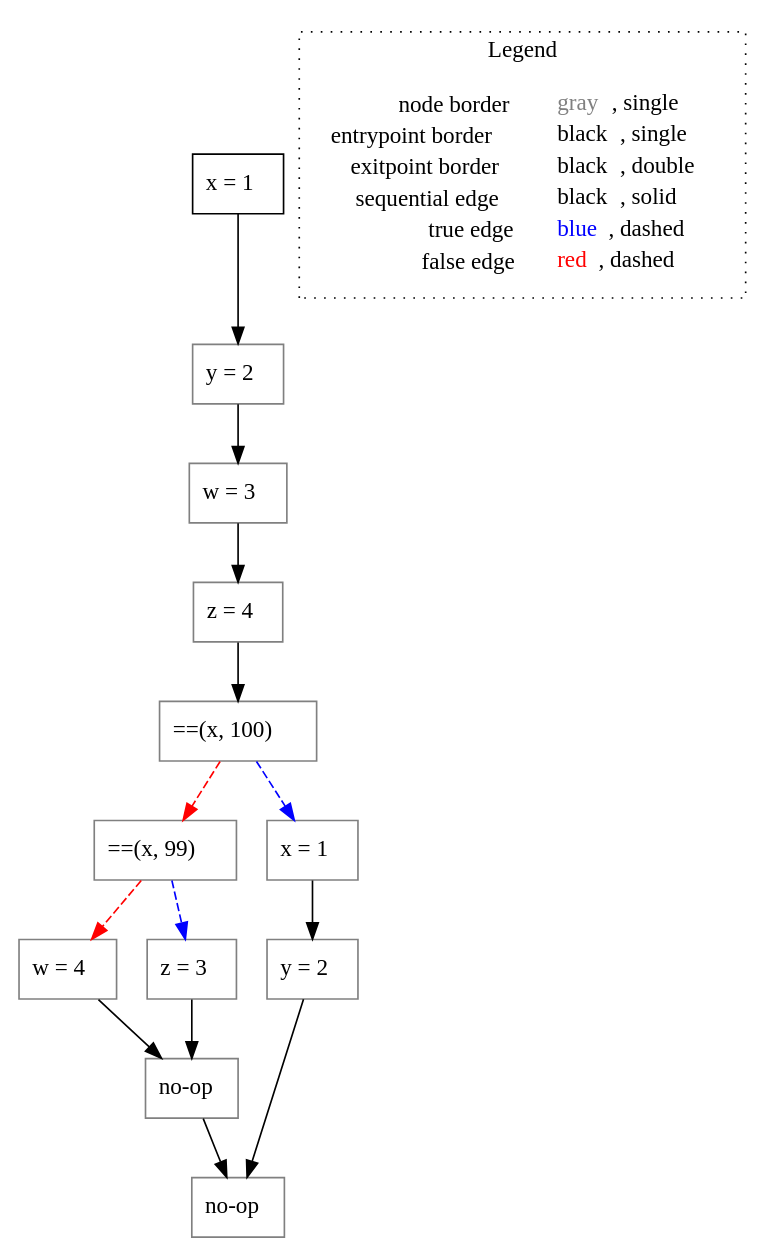
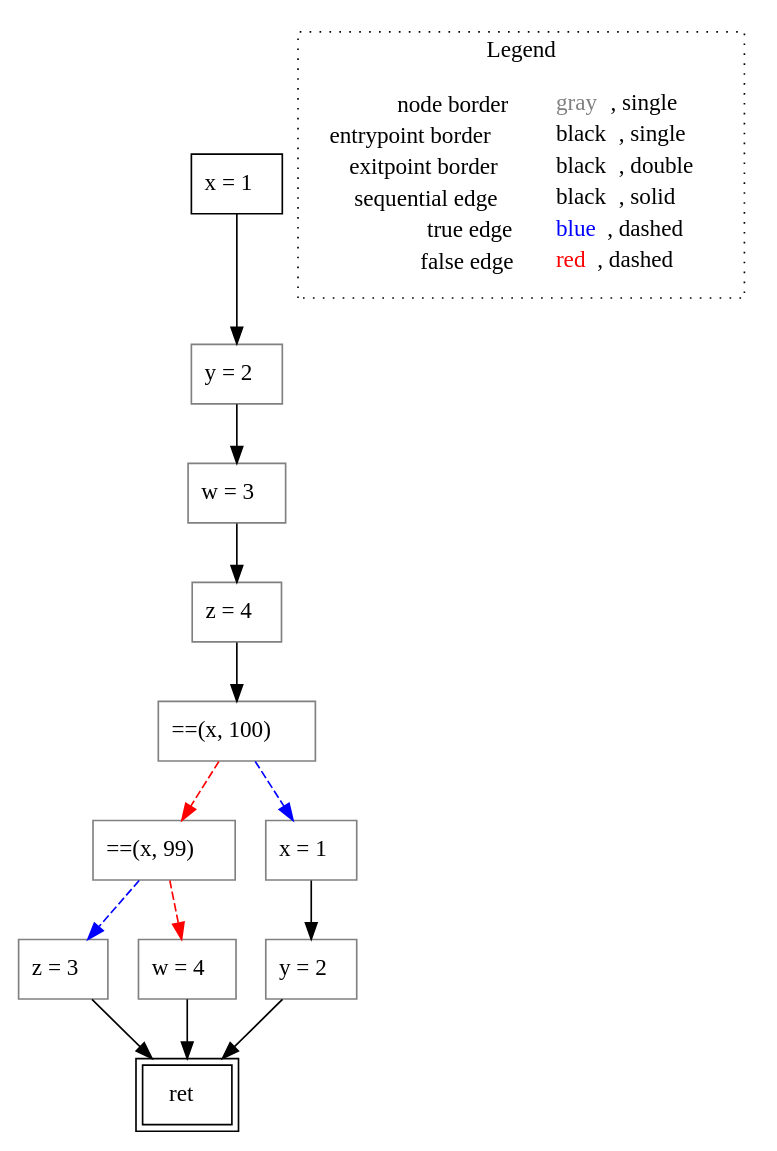
One commit to lisa-analyzer/go-lisa changed the diagram in go-lisa/test-outputs/cfg/if/untyped_~LiSAProgram.elseIfAsgs().dot. Above: the diagram before and after it, drawn with Graphviz. The commit also changed 27 other files, not shown here.

```diff
--- a/go-lisa/test-outputs/cfg/if/untyped_~LiSAProgram.elseIfAsgs().dot
+++ b/go-lisa/test-outputs/cfg/if/untyped_~LiSAProgram.elseIfAsgs().dot
@@ -1,34 +1,32 @@
 digraph {
 	"node0" [shape="rect",color="black",label=<x = 1>];
-	"node1" [shape="rect",color="gray",label=<w = 3>];
-	"node2" [shape="rect",color="gray",label=<==(x, 99)>];
-	"node3" [shape="rect",color="gray",label=<y = 2>];
+	"node1" [shape="rect",color="gray",label=<==(x, 99)>];
+	"node2" [shape="rect",color="gray",label=<z = 3>];
+	"node3" [shape="rect",color="black",peripheries="2",label=<ret>];
 	"node4" [shape="rect",color="gray",label=<z = 4>];
-	"node5" [shape="rect",color="gray",label=<==(x, 100)>];
-	"node6" [shape="rect",color="gray",label=<x = 1>];
-	"node7" [shape="rect",color="gray",label=<y = 2>];
-	"node8" [shape="rect",color="gray",label=<w = 4>];
-	"node9" [shape="rect",color="gray",label=<z = 3>];
-	"node10" [shape="rect",color="gray",label=<no-op>];
-	"node11" [shape="rect",color="gray",label=<no-op>];
-	"node1" -> "node4" [color="black"];
-	"node2" -> "node8" [color="red",style="dashed"];
-	"node2" -> "node9" [color="blue",style="dashed"];
-	"node3" -> "node10" [color="black"];
-	"node4" -> "node5" [color="black"];
-	"node5" -> "node6" [color="blue",style="dashed"];
-	"node5" -> "node2" [color="red",style="dashed"];
-	"node6" -> "node3" [color="black"];
-	"node7" -> "node1" [color="black"];
-	"node8" -> "node11" [color="black"];
-	"node0" -> "node7" [color="black"];
-	"node9" -> "node11" [color="black"];
-	"node11" -> "node10" [color="black"];
+	"node5" [shape="rect",color="gray",label=<x = 1>];
+	"node6" [shape="rect",color="gray",label=<y = 2>];
+	"node7" [shape="rect",color="gray",label=<w = 4>];
+	"node8" [shape="rect",color="gray",label=<y = 2>];
+	"node9" [shape="rect",color="gray",label=<==(x, 100)>];
+	"node10" [shape="rect",color="gray",label=<w = 3>];
+	"node0" -> "node6" [color="black"];
+	"node1" -> "node2" [color="blue",style="dashed"];
+	"node1" -> "node7" [color="red",style="dashed"];
+	"node2" -> "node3" [color="black"];
+	"node4" -> "node9" [color="black"];
+	"node5" -> "node8" [color="black"];
+	"node6" -> "node10" [color="black"];
+	"node7" -> "node3" [color="black"];
+	"node8" -> "node3" [color="black"];
+	"node9" -> "node1" [color="red",style="dashed"];
+	"node9" -> "node5" [color="blue",style="dashed"];
+	"node10" -> "node4" [color="black"];
 subgraph cluster_legend {
 	label="Legend";
 	style=dotted;
 	node [shape=plaintext];
 	"legend" [label=<<table border="0" cellpadding="2" cellspacing="0" cellborder="0"><tr><td align="right">node border&nbsp;</td><td align="left"><font color="gray">gray</font>, single</td></tr><tr><td align="right">entrypoint border&nbsp;</td><td align="left"><font color="black">black</font>, single</td></tr><tr><td align="right">exitpoint border&nbsp;</td><td align="left"><font color="black">black</font>, double</td></tr><tr><td align="right">sequential edge&nbsp;</td><td align="left"><font color="black">black</font>, solid</td></tr><tr><td align="right">true edge&nbsp;</td><td align="left"><font color="blue">blue</font>, dashed</td></tr><tr><td align="right">false edge&nbsp;</td><td align="left"><font color="red">red</font>, dashed</td></tr></table>>];
 }
 
 }
```
